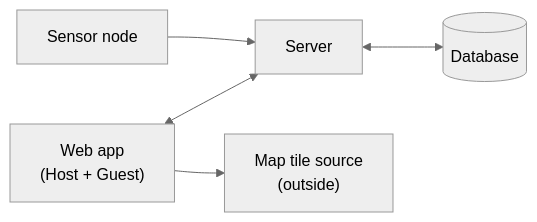
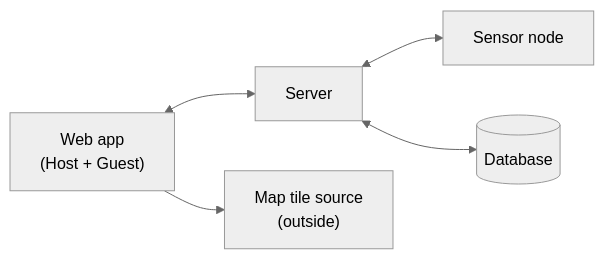
The diagram in docs/architecture/component.md (CS481-Capstone-Team/481-capstone-project), drawn with Mermaid (neutral theme) before and after one commit. The commit also changed other lines of this file, not shown here.

````diff
--- a/docs/architecture/component.md
+++ b/docs/architecture/component.md
@@ -54,13 +54,13 @@
 ```mermaid
 flowchart LR
     S["Sensor node"]
     SV["Server"]
     DB[("Database")]
     W["Web app<br/>(Host + Guest)"]
     T["Map tile source<br/>(outside)"]
 
-    S --> SV
+    SV <--> S
     SV <--> DB
     W <--> SV
     W --> T
 ```
````
